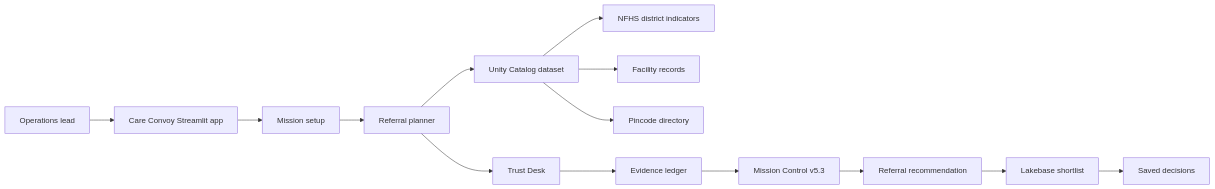
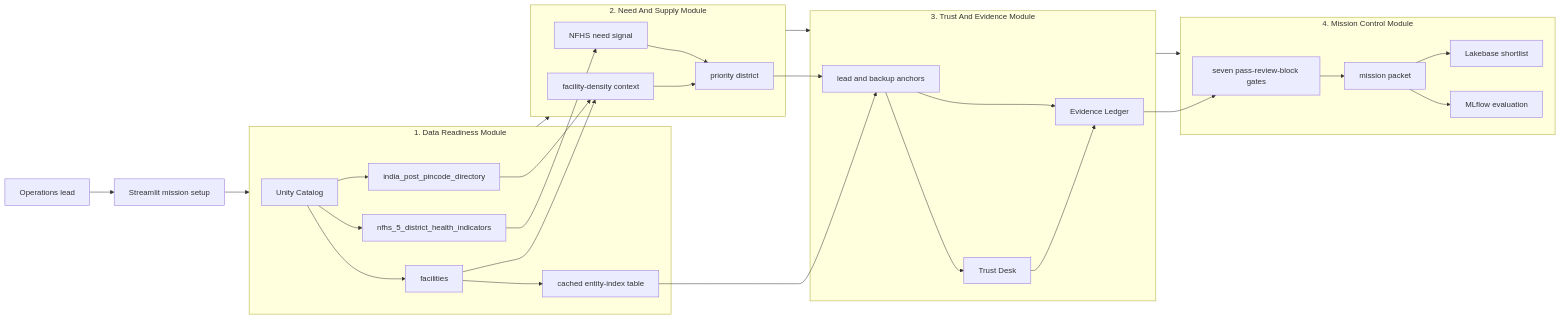
Before and after one commit to Pingying-Chen/DAIS-hackathon-2026: the diagram in README.md, drawn with Mermaid. The commit also changed other lines of this file and 9 other files, not shown here.

Commit message:
Add cached entity index optimization and refresh v5.4 evidence

````diff
--- a/README.md
+++ b/README.md
@@ -71,18 +77,54 @@
 ```mermaid
 flowchart LR
-    user["Operations lead"] --> app["Care Convoy Streamlit app"]
-    app --> setup["Mission setup"]
-    setup --> planner["Referral planner"]
+    user["Operations lead"] --> ui["Streamlit mission setup"]
 
-    planner --> uc["Unity Catalog dataset"]
-    uc --> nfhs["NFHS district indicators"]
-    uc --> facilities["Facility records"]
-    uc --> pincodes["Pincode directory"]
+    subgraph data["1. Data Readiness Module"]
+        uc["Unity Catalog"]
+        facilities["facilities"]
+        nfhs["nfhs_5_district_health_indicators"]
+        pincode["india_post_pincode_directory"]
+        entity["cached entity-index table"]
+        uc --> facilities
+        uc --> nfhs
+        uc --> pincode
+        facilities --> entity
+    end
 
-    planner --> trust["Trust Desk"]
-    trust --> evidence["Evidence ledger"]
-    evidence --> board["Mission Control v5.3"]
-    board --> packet["Referral recommendation"]
-    packet --> lakebase["Lakebase shortlist"]
-    lakebase --> saved["Saved decisions"]
+    subgraph planning["2. Need And Supply Module"]
+        need["NFHS need signal"]
+        density["facility-density context"]
+        district["priority district"]
+        nfhs --> need
+        facilities --> density
+        pincode --> density
+        need --> district
+        density --> district
+    end
+
+    subgraph trust["3. Trust And Evidence Module"]
+        anchors["lead and backup anchors"]
+        verifier["Trust Desk"]
+        citations["Evidence Ledger"]
+        entity --> anchors
+        district --> anchors
+        anchors --> verifier
+        anchors --> citations
+        verifier --> citations
+    end
+
+    subgraph control["4. Mission Control Module"]
+        gates["seven pass-review-block gates"]
+        packet["mission packet"]
+        eval["MLflow evaluation"]
+        save["Lakebase shortlist"]
+        citations --> gates
+        gates --> packet
+        packet --> eval
+        packet --> save
+    end
+
+    ui --> data
+    data --> planning
+    planning --> trust
+    trust --> control
 ```
````
